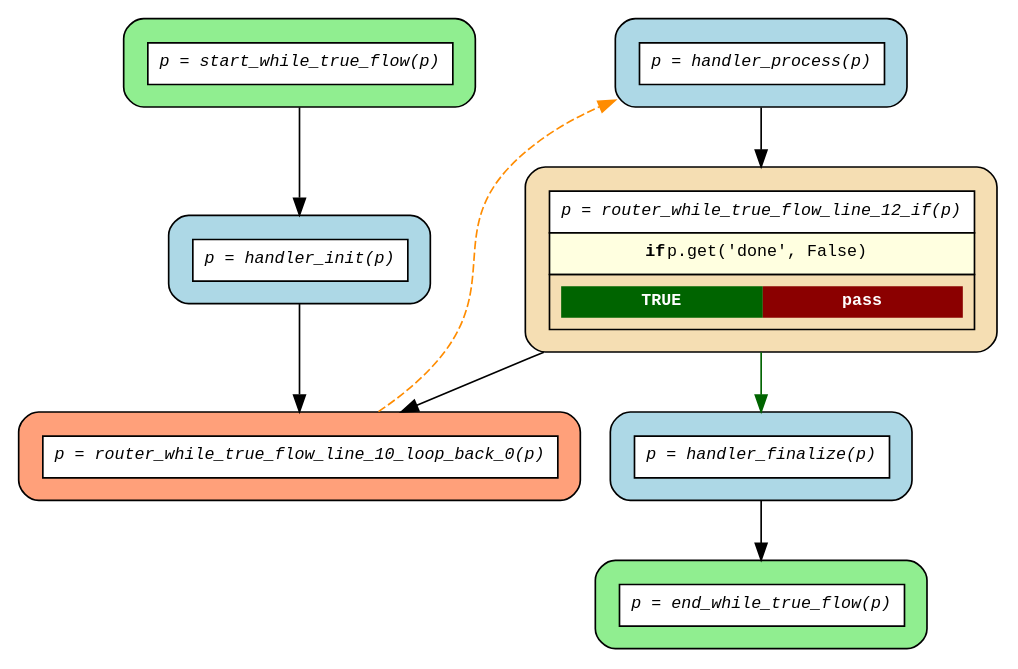
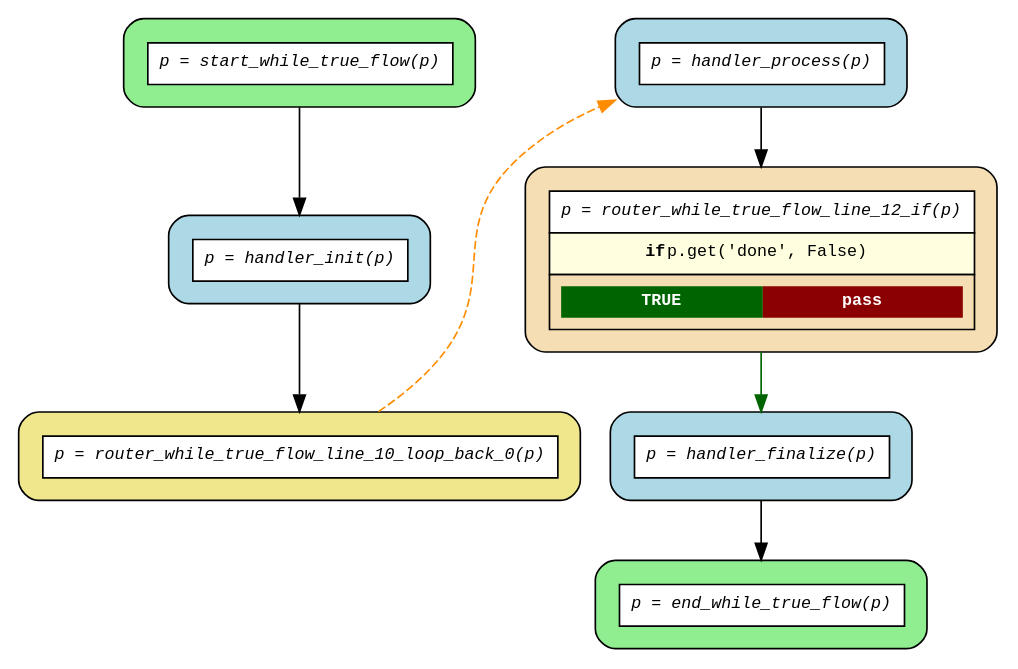
The diagram in examples/flows/compiled/while_true_simple/flow.dot (deliveryhero/asya), drawn with Graphviz before and after one commit. The commit also changed 26 other files, not shown here.

First line of the commit message:
fix(flow): fix DOT graph spurious edges and loop-back router color

```diff
--- a/examples/flows/compiled/while_true_simple/flow.dot
+++ b/examples/flows/compiled/while_true_simple/flow.dot
@@ -1,22 +1,21 @@
 digraph flow {
   rankdir=TB;
   graph [fontname="Courier", fontsize=10];
   node [fontname="Courier", fontsize=10, shape=box, style="filled,rounded", margin="0.2"];
   edge [fontname="Courier", fontsize=10];
 
   start_while_true_flow [fillcolor="lightgreen", label=<<table border="0" cellspacing="0" cellpadding="6" cellborder="1"><tr><td bgcolor="white" align="center"><i>p = start_while_true_flow(p)</i></td></tr></table>>];
   router_while_true_flow_line_12_if [fillcolor="wheat", label=<<table border="0" cellspacing="0" cellpadding="6" cellborder="1"><tr><td bgcolor="white" align="center"><i>p = router_while_true_flow_line_12_if(p)</i></td></tr><tr><td bgcolor="lightyellow"><b>if</b> p.get('done', False)</td></tr><tr><td><table border="0" cellspacing="0" cellpadding="4"><tr><td bgcolor="darkgreen"><font color="white"><b>TRUE</b></font></td><td bgcolor="darkred"><font color="white"><b>pass</b></font></td></tr></table></td></tr></table>>];
-  router_while_true_flow_line_10_loop_back_0 [fillcolor="lightsalmon", label=<<table border="0" cellspacing="0" cellpadding="6" cellborder="1"><tr><td bgcolor="white" align="center"><i>p = router_while_true_flow_line_10_loop_back_0(p)</i></td></tr></table>>];
+  router_while_true_flow_line_10_loop_back_0 [fillcolor="khaki", label=<<table border="0" cellspacing="0" cellpadding="6" cellborder="1"><tr><td bgcolor="white" align="center"><i>p = router_while_true_flow_line_10_loop_back_0(p)</i></td></tr></table>>];
   end_while_true_flow [fillcolor="lightgreen", label=<<table border="0" cellspacing="0" cellpadding="6" cellborder="1"><tr><td bgcolor="white" align="center"><i>p = end_while_true_flow(p)</i></td></tr></table>>];
   handler_finalize [fillcolor="lightblue", label=<<table border="0" cellspacing="0" cellpadding="6" cellborder="1"><tr><td bgcolor="white" align="center"><i>p = handler_finalize(p)</i></td></tr></table>>];
   handler_init [fillcolor="lightblue", label=<<table border="0" cellspacing="0" cellpadding="6" cellborder="1"><tr><td bgcolor="white" align="center"><i>p = handler_init(p)</i></td></tr></table>>];
   handler_process [fillcolor="lightblue", label=<<table border="0" cellspacing="0" cellpadding="6" cellborder="1"><tr><td bgcolor="white" align="center"><i>p = handler_process(p)</i></td></tr></table>>];
 
   handler_finalize -> end_while_true_flow;
   handler_init -> router_while_true_flow_line_10_loop_back_0;
   handler_process -> router_while_true_flow_line_12_if;
   router_while_true_flow_line_10_loop_back_0 -> handler_process [style=dashed, color=darkorange, constraint=false];
   router_while_true_flow_line_12_if -> handler_finalize [color=darkgreen];
-  router_while_true_flow_line_12_if -> router_while_true_flow_line_10_loop_back_0;
   start_while_true_flow -> handler_init;
 }
```
